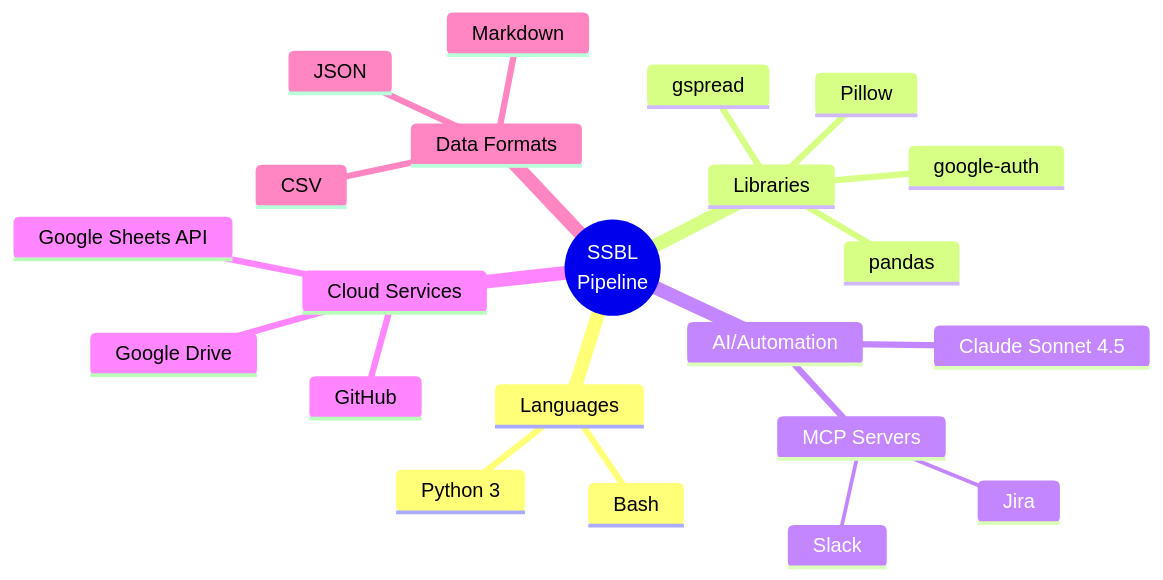
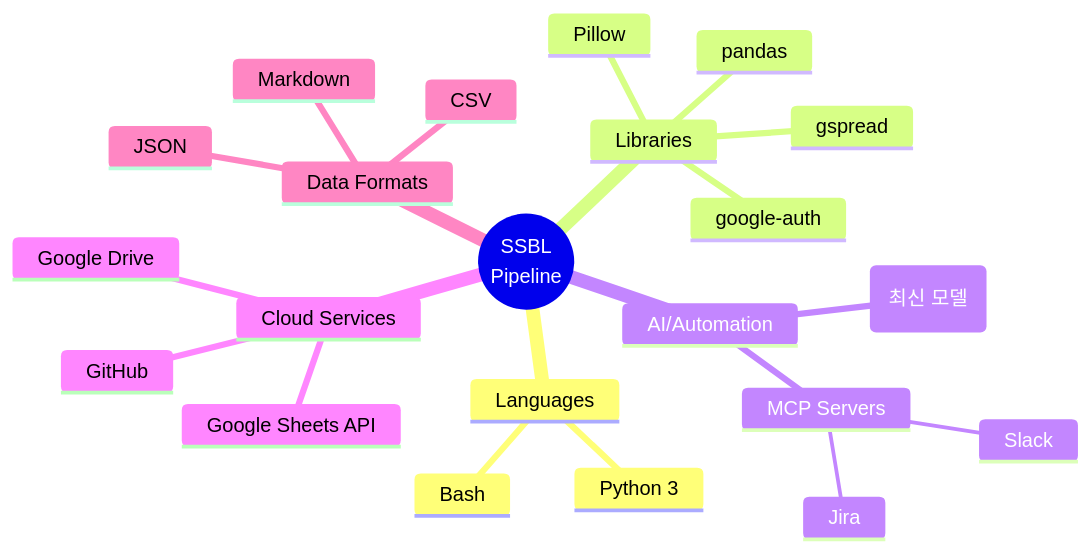
The tenth of 11 diagrams in team-kowloon/docs/SYSTEM_VISUALIZATION.md (goyonghoe/HKD852), drawn with Mermaid before and after one commit. The commit also changed 338 other files, not shown here.

````diff
--- a/team-kowloon/docs/SYSTEM_VISUALIZATION.md
+++ b/team-kowloon/docs/SYSTEM_VISUALIZATION.md
@@ -345,25 +345,25 @@
 ```mermaid
 mindmap
   root((SSBL<br/>Pipeline))
     Languages
       Python 3
       Bash
     Libraries
       gspread
       google-auth
       Pillow
       pandas
     AI/Automation
-      Claude Sonnet 4.5
+      Claude (최신 모델)
       MCP Servers
         Slack
         Jira
     Cloud Services
       Google Sheets API
       Google Drive
       GitHub
     Data Formats
       CSV
       JSON
       Markdown
 ```
````
